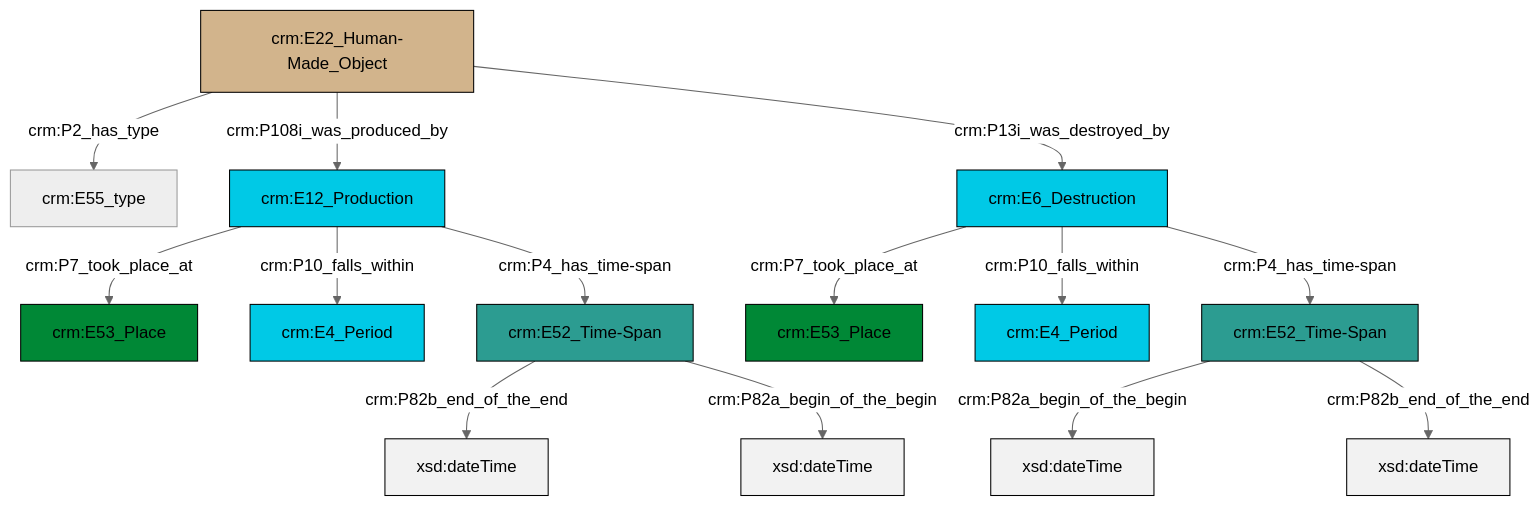
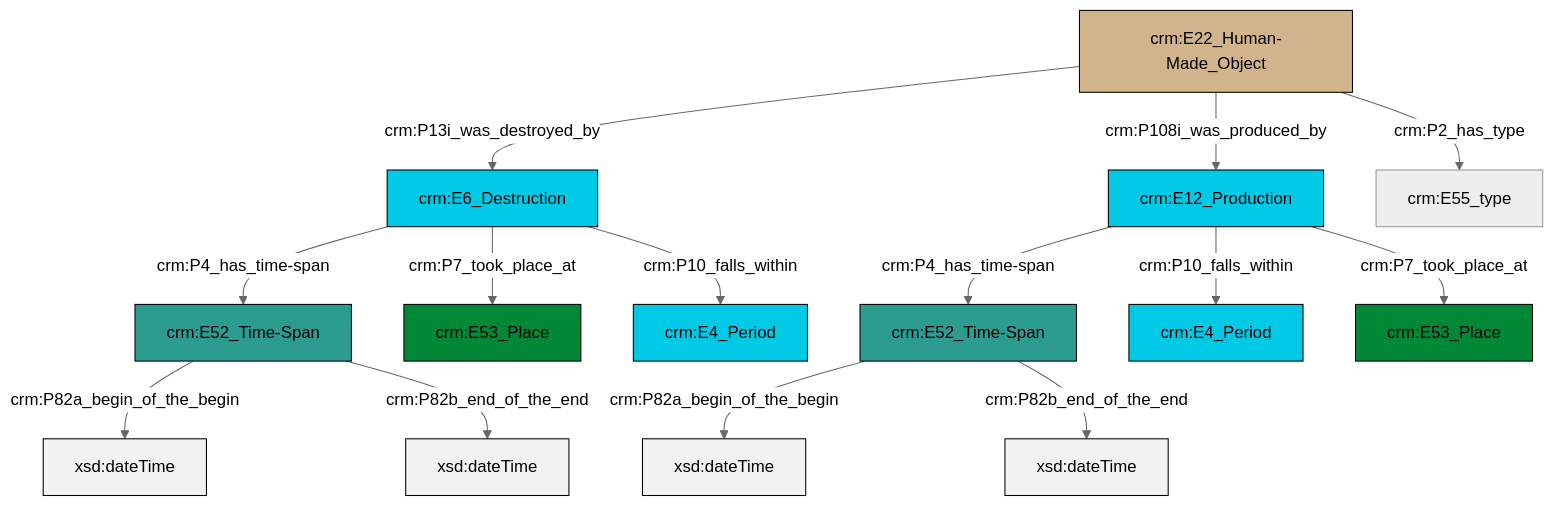
The diagram in et/builtWorkCSV/ttl/mmd/Built_Work_existence.ttl.mmd (swiss-art-research-net/reference-data-models), drawn with Mermaid (neutral theme) before and after one commit. The commit also changed 150 other files, not shown here.

```diff
--- a/et/builtWorkCSV/ttl/mmd/Built_Work_existence.ttl.mmd
+++ b/et/builtWorkCSV/ttl/mmd/Built_Work_existence.ttl.mmd
@@ -1,28 +1,28 @@
 graph TD
 classDef Literal fill:#f2f2f2,stroke:#000000;
 classDef CRM_Entity fill:#FFFFFF,stroke:#000000;
 classDef Temporal_Entity fill:#00C9E6, stroke:#000000;
 classDef Type fill:#E18312, stroke:#000000;
 classDef Time-Span fill:#2C9C91, stroke:#000000;
 classDef Appellation fill:#FFEB7F, stroke:#000000;
 classDef Place fill:#008836, stroke:#000000;
 classDef Persistent_Item fill:#B266B2, stroke:#000000;
 classDef Conceptual_Object fill:#FFD700, stroke:#000000;
 classDef Physical_Thing fill:#D2B48C, stroke:#000000;
 classDef Actor fill:#f58aad, stroke:#000000;
 classDef PC_Classes fill:#4ce600, stroke:#000000;
 classDef Multi fill:#cccccc,stroke:#000000;
 
-0["crm:E22_Human-Made_Object"]:::Physical_Thing -->|crm:P2_has_type| 1["crm:E55_type"]:::Default
-2["crm:E6_Destruction"]:::Temporal_Entity -->|crm:P7_took_place_at| 3["crm:E53_Place"]:::Place
-0["crm:E22_Human-Made_Object"]:::Physical_Thing -->|crm:P108i_was_produced_by| 4["crm:E12_Production"]:::Temporal_Entity
-0["crm:E22_Human-Made_Object"]:::Physical_Thing -->|crm:P13i_was_destroyed_by| 2["crm:E6_Destruction"]:::Temporal_Entity
-10["crm:E52_Time-Span"]:::Time-Span -->|crm:P82b_end_of_the_end| 11[xsd:dateTime]:::Literal
-2["crm:E6_Destruction"]:::Temporal_Entity -->|crm:P10_falls_within| 6["crm:E4_Period"]:::Temporal_Entity
-10["crm:E52_Time-Span"]:::Time-Span -->|crm:P82a_begin_of_the_begin| 14[xsd:dateTime]:::Literal
-2["crm:E6_Destruction"]:::Temporal_Entity -->|crm:P4_has_time-span| 16["crm:E52_Time-Span"]:::Time-Span
-4["crm:E12_Production"]:::Temporal_Entity -->|crm:P7_took_place_at| 12["crm:E53_Place"]:::Place
-4["crm:E12_Production"]:::Temporal_Entity -->|crm:P10_falls_within| 8["crm:E4_Period"]:::Temporal_Entity
-16["crm:E52_Time-Span"]:::Time-Span -->|crm:P82a_begin_of_the_begin| 18[xsd:dateTime]:::Literal
-16["crm:E52_Time-Span"]:::Time-Span -->|crm:P82b_end_of_the_end| 20[xsd:dateTime]:::Literal
-4["crm:E12_Production"]:::Temporal_Entity -->|crm:P4_has_time-span| 10["crm:E52_Time-Span"]:::Time-Span
+4["crm:E52_Time-Span"]:::Time-Span -->|crm:P82a_begin_of_the_begin| 5[xsd:dateTime]:::Literal
+6["crm:E52_Time-Span"]:::Time-Span -->|crm:P82a_begin_of_the_begin| 7[xsd:dateTime]:::Literal
+4["crm:E52_Time-Span"]:::Time-Span -->|crm:P82b_end_of_the_end| 12[xsd:dateTime]:::Literal
+2["crm:E6_Destruction"]:::Temporal_Entity -->|crm:P4_has_time-span| 6["crm:E52_Time-Span"]:::Time-Span
+6["crm:E52_Time-Span"]:::Time-Span -->|crm:P82b_end_of_the_end| 15[xsd:dateTime]:::Literal
+2["crm:E6_Destruction"]:::Temporal_Entity -->|crm:P7_took_place_at| 16["crm:E53_Place"]:::Place
+2["crm:E6_Destruction"]:::Temporal_Entity -->|crm:P10_falls_within| 0["crm:E4_Period"]:::Temporal_Entity
+8["crm:E12_Production"]:::Temporal_Entity -->|crm:P4_has_time-span| 4["crm:E52_Time-Span"]:::Time-Span
+10["crm:E22_Human-Made_Object"]:::Physical_Thing -->|crm:P13i_was_destroyed_by| 2["crm:E6_Destruction"]:::Temporal_Entity
+8["crm:E12_Production"]:::Temporal_Entity -->|crm:P10_falls_within| 17["crm:E4_Period"]:::Temporal_Entity
+10["crm:E22_Human-Made_Object"]:::Physical_Thing -->|crm:P108i_was_produced_by| 8["crm:E12_Production"]:::Temporal_Entity
+8["crm:E12_Production"]:::Temporal_Entity -->|crm:P7_took_place_at| 18["crm:E53_Place"]:::Place
+10["crm:E22_Human-Made_Object"]:::Physical_Thing -->|crm:P2_has_type| 22["crm:E55_type"]:::Default
```
